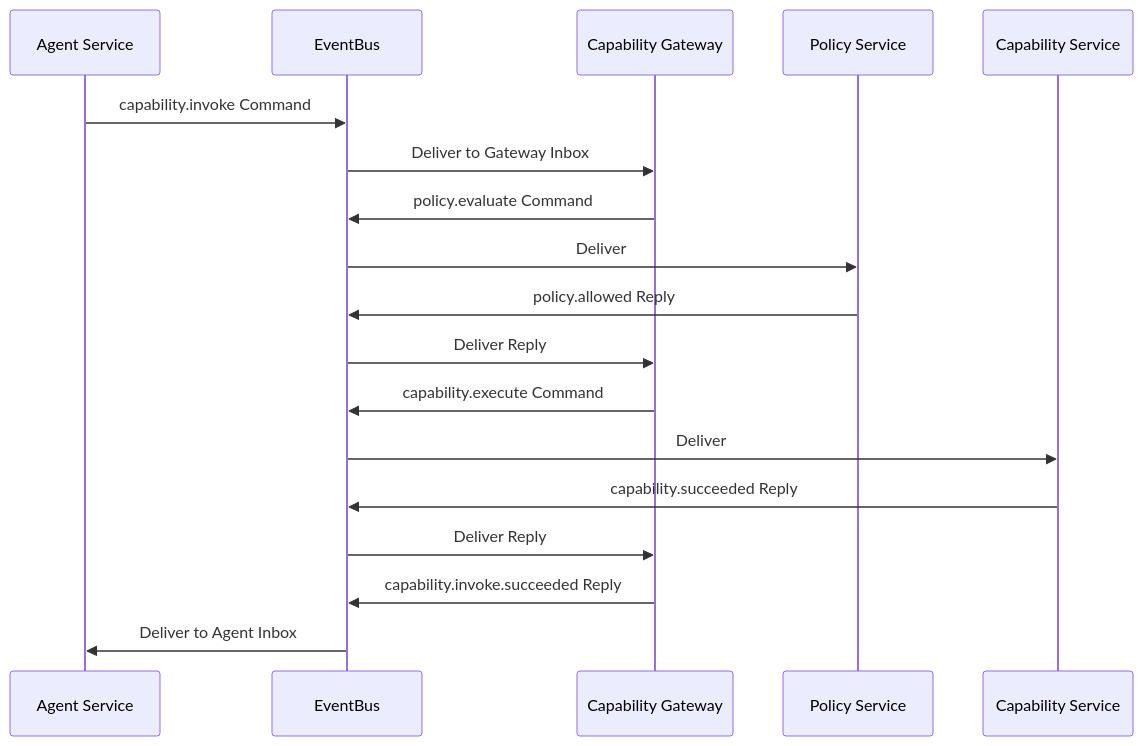
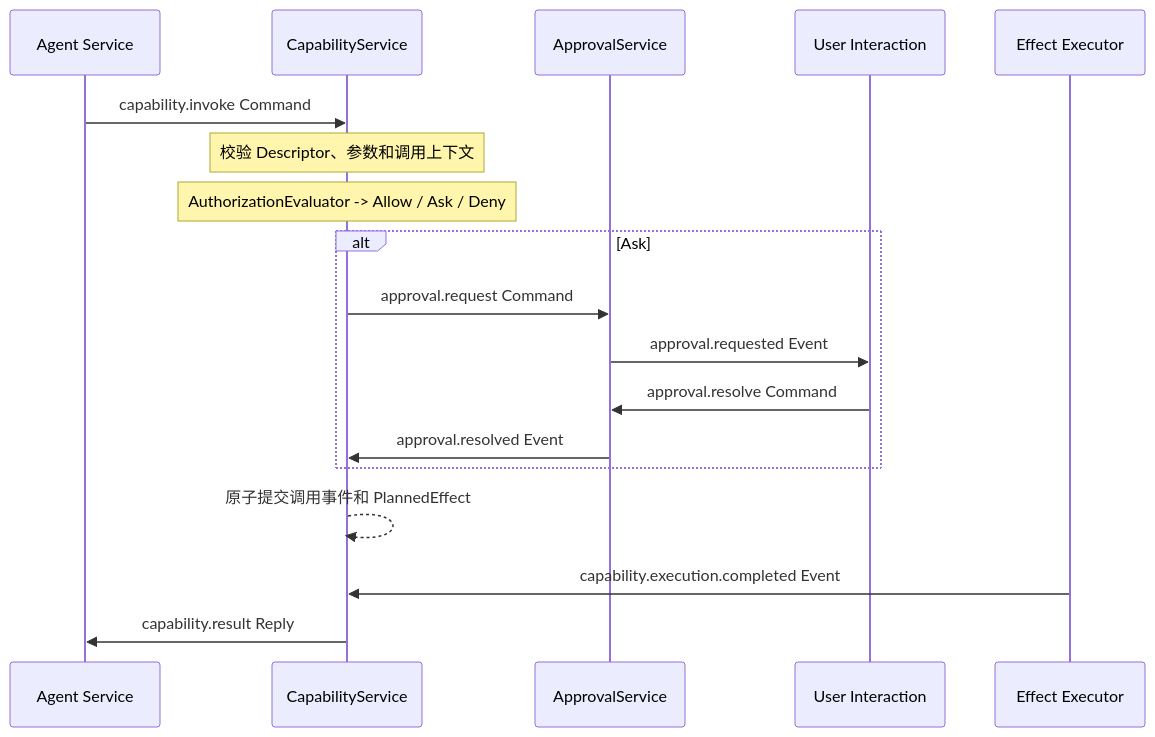
The second of 5 diagrams in docs/event-sourced-service-runtime-architecture.md (nufangqiangwei/studyAgent), drawn with Mermaid before and after one commit. The commit also changed other lines of this file and 61 other files, not shown here.

Commit message:
Implement event-sourced service runtime

````diff
--- a/docs/event-sourced-service-runtime-architecture.md
+++ b/docs/event-sourced-service-runtime-architecture.md
@@ -810,21 +806,21 @@
 ```mermaid
 sequenceDiagram
     participant A as Agent Service
-    participant B as EventBus
-    participant G as Capability Gateway
-    participant P as Policy Service
-    participant C as Capability Service
+    participant C as CapabilityService
+    participant P as ApprovalService
+    participant U as User Interaction
+    participant E as Effect Executor
 
-    A->>B: capability.invoke Command
-    B->>G: Deliver to Gateway Inbox
-    G->>B: policy.evaluate Command
-    B->>P: Deliver
-    P->>B: policy.allowed Reply
-    B->>G: Deliver Reply
-    G->>B: capability.execute Command
-    B->>C: Deliver
-    C->>B: capability.succeeded Reply
-    B->>G: Deliver Reply
-    G->>B: capability.invoke.succeeded Reply
-    B->>A: Deliver to Agent Inbox
+    A->>C: capability.invoke Command
+    Note over C: 校验 Descriptor、参数和调用上下文
+    Note over C: AuthorizationEvaluator -> Allow / Ask / Deny
+    alt Ask
+        C->>P: approval.request Command
+        P->>U: approval.requested Event
+        U->>P: approval.resolve Command
+        P->>C: approval.resolved Event
+    end
+    C-->>C: 原子提交调用事件和 PlannedEffect
+    E->>C: capability.execution.completed Event
+    C->>A: capability.result Reply
 ```
````
